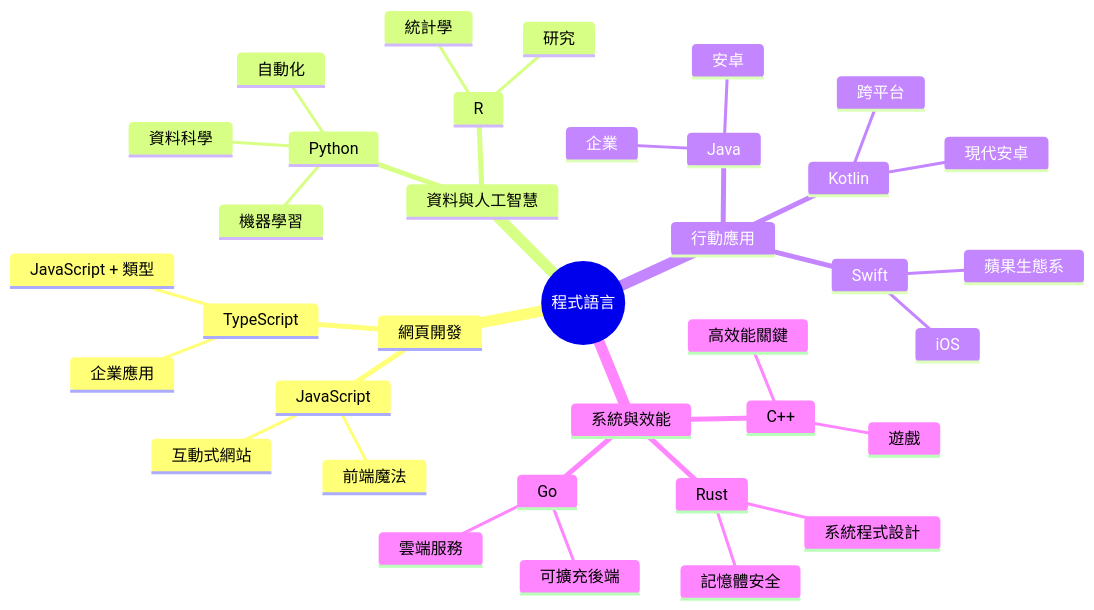
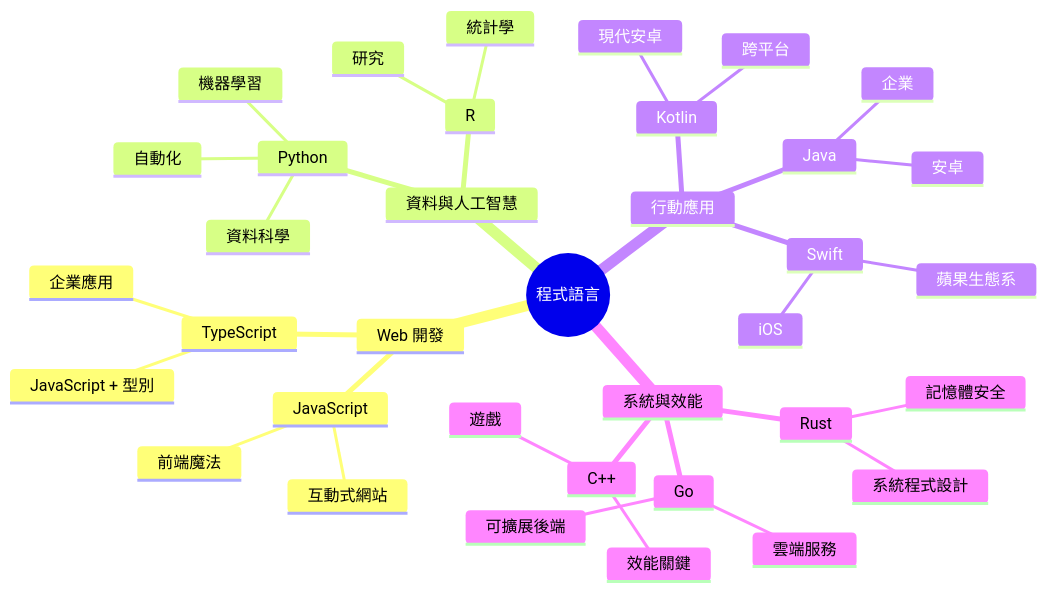
Before and after one commit to microsoft/Web-Dev-For-Beginners: the second of 7 diagrams in translations/zh-TW/1-getting-started-lessons/1-intro-to-programming-languages/README.md, drawn with Mermaid. The commit also changed other lines of this file and 11 other files, not shown here.

````diff
--- a/translations/zh-TW/1-getting-started-lessons/1-intro-to-programming-languages/README.md
+++ b/translations/zh-TW/1-getting-started-lessons/1-intro-to-programming-languages/README.md
@@ -85,39 +84,39 @@
 ```mermaid
 mindmap
   root((程式語言))
-    網頁開發
+    Web 開發
       JavaScript
         前端魔法
         互動式網站
       TypeScript
-        JavaScript + 類型
+        JavaScript + 型別
         企業應用
     資料與人工智慧
       Python
         資料科學
         機器學習
         自動化
       R
         統計學
         研究
     行動應用
       Java
         安卓
         企業
       Swift
         iOS
         蘋果生態系
       Kotlin
         現代安卓
         跨平台
     系統與效能
       C++
         遊戲
-        高效能關鍵
+        效能關鍵
       Rust
         記憶體安全
         系統程式設計
       Go
         雲端服務
-        可擴充後端
+        可擴展後端
 ```
````
